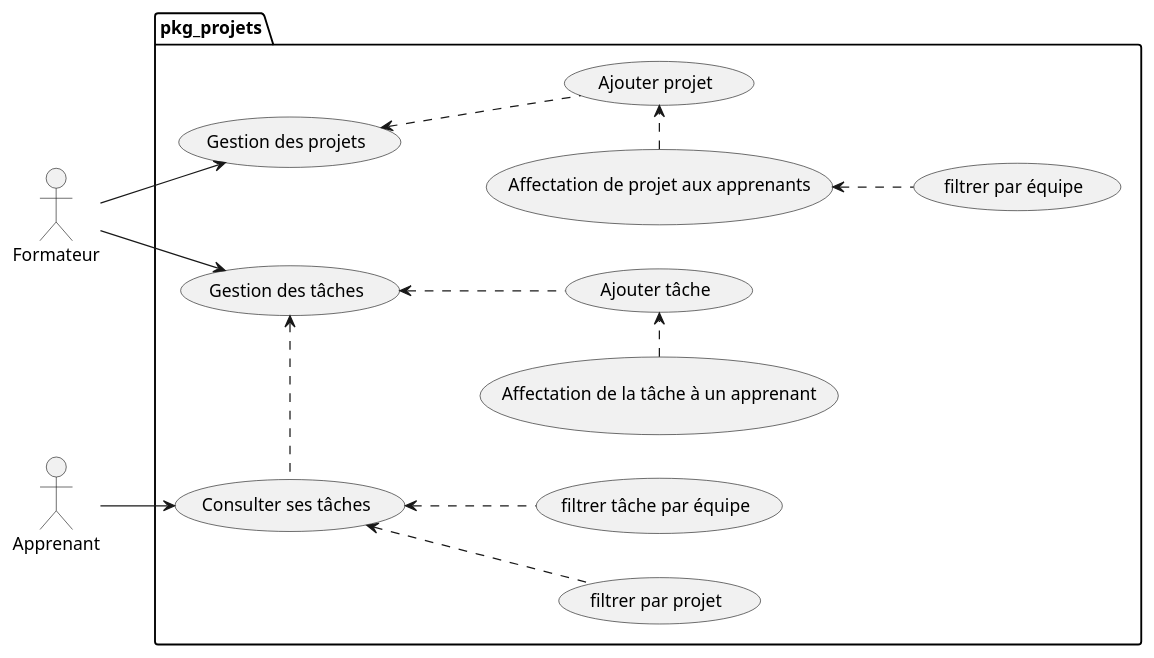
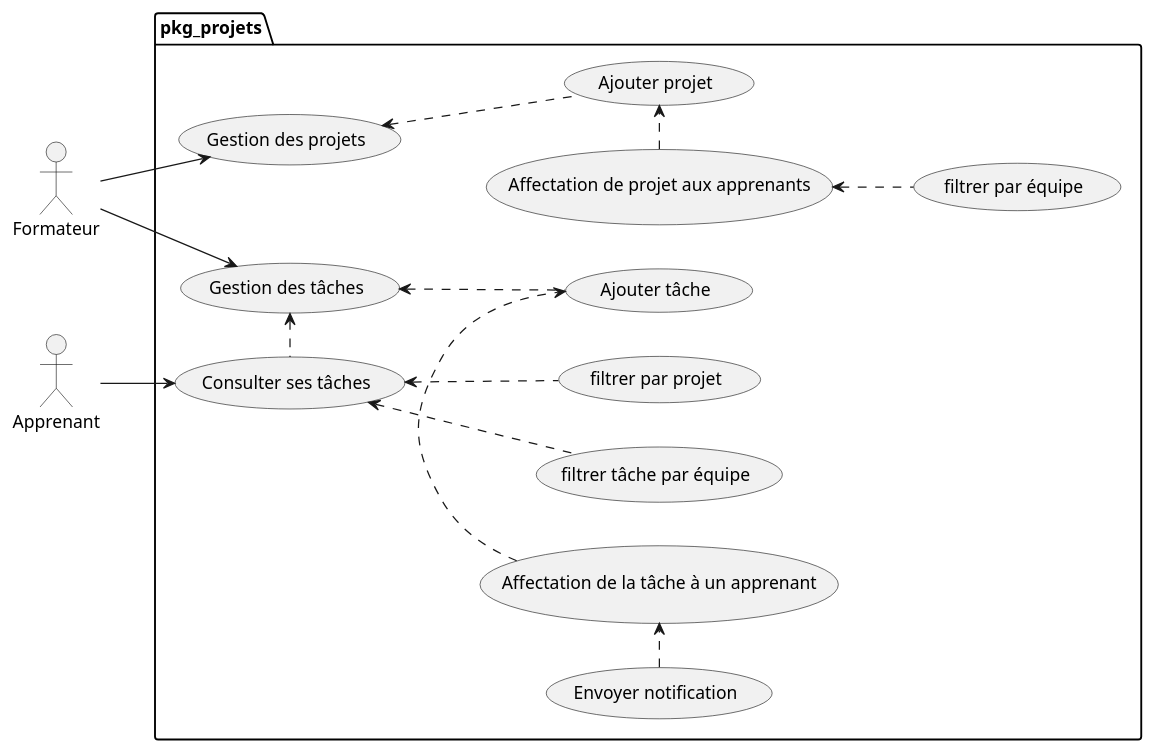
One commit to zaani12/prototype changed the diagram in modélisation/pkg_projets/uses_cases_pkg_projets.puml. Above: the diagram before and after it, drawn with PlantUML. The commit also changed 38 other files, not shown here.

```diff
--- a/modélisation/pkg_projets/uses_cases_pkg_projets.puml
+++ b/modélisation/pkg_projets/uses_cases_pkg_projets.puml
@@ -1,29 +1,29 @@
 @startuml 
 
 left to right direction
 
 
 actor Formateur as formateur
 actor Apprenant as apprenant
 
 
 package pkg_projets {
 
   (Gestion des projets) <.. (Ajouter projet) 
   (Affectation de projet aux apprenants) .> (Ajouter projet)
   (Affectation de projet aux apprenants) <.. (filtrer par équipe)
   (Gestion des tâches) <.. (Ajouter tâche) 
   (Gestion des tâches)  <. (Consulter ses tâches)
   (Consulter ses tâches) <.. (filtrer par projet)
   (Consulter ses tâches) <.. (filtrer tâche par équipe)
   (Affectation de la tâche à un apprenant) .> (Ajouter tâche)
- 
+  (Envoyer notification)  .> (Affectation de la tâche à un apprenant)
   formateur -->  (Gestion des projets) 
   formateur -->  (Gestion des tâches) 
   apprenant --> (Consulter ses tâches)
 
 }  
 
 ' note right of admin : "note 1"
 
 @enduml
```
